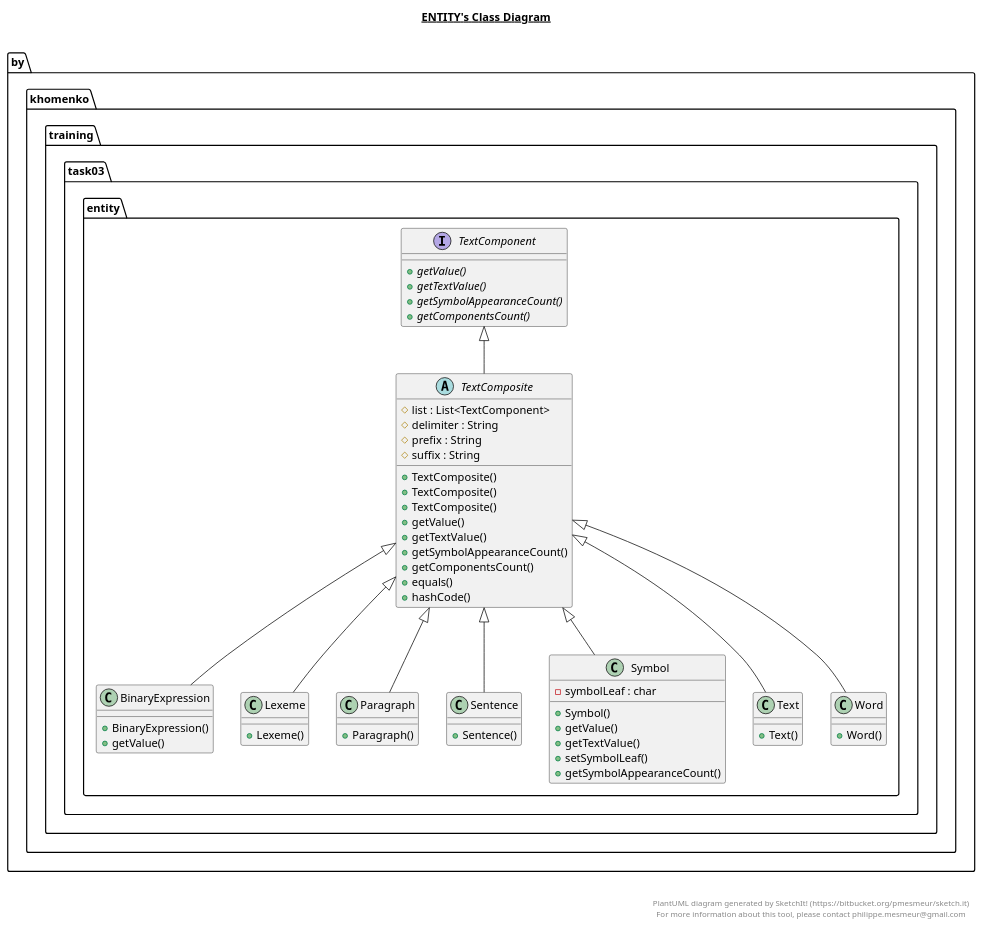
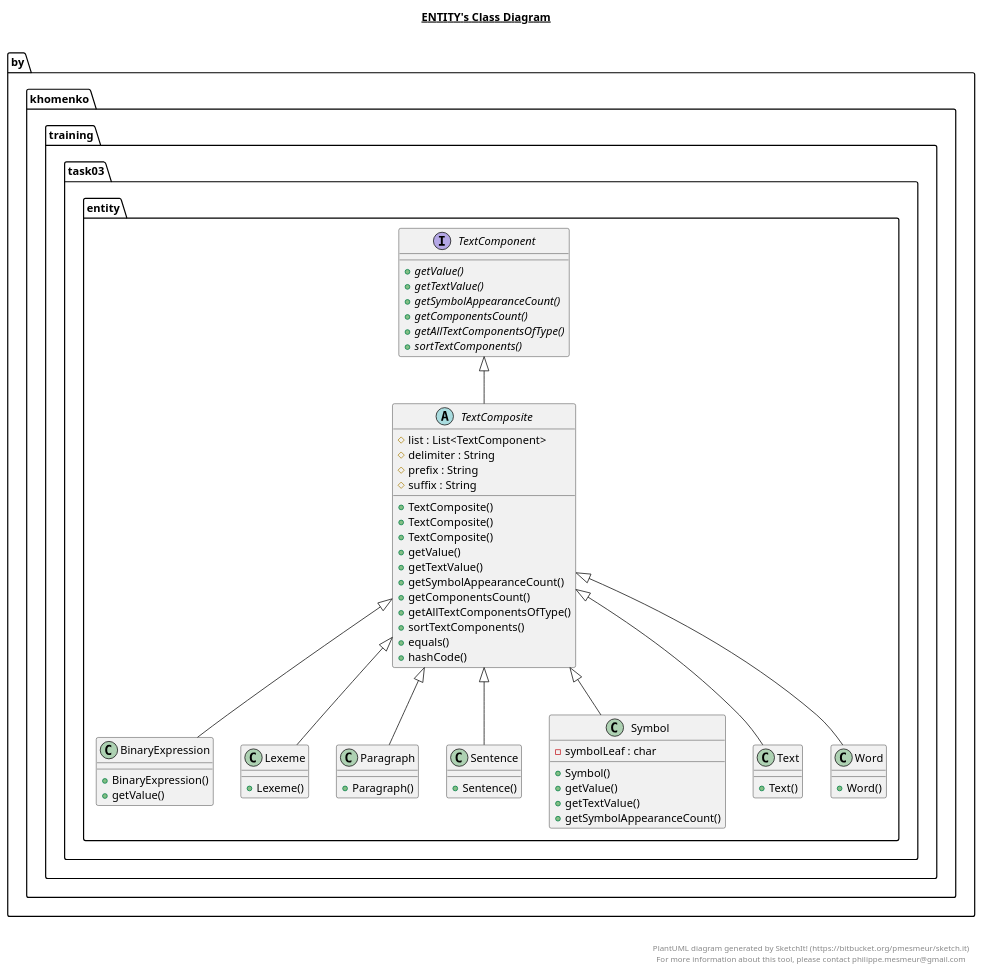
The diagram in Task03/src/by/khomenko/training/task03/entity/entity.plantuml (EX22/EpamTraining), drawn with PlantUML before and after one commit. The commit also changed 15 other files, not shown here.

```diff
--- a/Task03/src/by/khomenko/training/task03/entity/entity.plantuml
+++ b/Task03/src/by/khomenko/training/task03/entity/entity.plantuml
@@ -1,124 +1,127 @@
 @startuml
 
 title __ENTITY's Class Diagram__\n
 
   package by.khomenko.training.task03 {
     package by.khomenko.training.task03.entity {
       class BinaryExpression {
           + BinaryExpression()
           + getValue()
       }
     }
   }
   
 
   package by.khomenko.training.task03 {
     package by.khomenko.training.task03.entity {
       class Lexeme {
           + Lexeme()
       }
     }
   }
   
 
   package by.khomenko.training.task03 {
     package by.khomenko.training.task03.entity {
       class Paragraph {
           + Paragraph()
       }
     }
   }
   
 
   package by.khomenko.training.task03 {
     package by.khomenko.training.task03.entity {
       class Sentence {
           + Sentence()
       }
     }
   }
   
 
   package by.khomenko.training.task03 {
     package by.khomenko.training.task03.entity {
       class Symbol {
           - symbolLeaf : char
           + Symbol()
           + getValue()
           + getTextValue()
-          + setSymbolLeaf()
           + getSymbolAppearanceCount()
       }
     }
   }
   
 
   package by.khomenko.training.task03 {
     package by.khomenko.training.task03.entity {
       class Text {
           + Text()
       }
     }
   }
   
 
   package by.khomenko.training.task03 {
     package by.khomenko.training.task03.entity {
       interface TextComponent {
           {abstract} + getValue()
           {abstract} + getTextValue()
           {abstract} + getSymbolAppearanceCount()
           {abstract} + getComponentsCount()
+          {abstract} + getAllTextComponentsOfType()
+          {abstract} + sortTextComponents()
       }
     }
   }
   
 
   package by.khomenko.training.task03 {
     package by.khomenko.training.task03.entity {
       abstract class TextComposite {
           # list : List<TextComponent>
           # delimiter : String
           # prefix : String
           # suffix : String
           + TextComposite()
           + TextComposite()
           + TextComposite()
           + getValue()
           + getTextValue()
           + getSymbolAppearanceCount()
           + getComponentsCount()
+          + getAllTextComponentsOfType()
+          + sortTextComponents()
           + equals()
           + hashCode()
       }
     }
   }
   
 
   package by.khomenko.training.task03 {
     package by.khomenko.training.task03.entity {
       class Word {
           + Word()
       }
     }
   }
   
 
   BinaryExpression -up-|> TextComposite
   Lexeme -up-|> TextComposite
   Paragraph -up-|> TextComposite
   Sentence -up-|> TextComposite
   Symbol -up-|> TextComposite
   Text -up-|> TextComposite
   TextComposite -up-|> TextComponent
   Word -up-|> TextComposite
 
 
 right footer
 
 
 PlantUML diagram generated by SketchIt! (https://bitbucket.org/pmesmeur/sketch.it)
 For more information about this tool, please contact philippe.mesmeur@gmail.com
 endfooter
 
 @enduml
```
